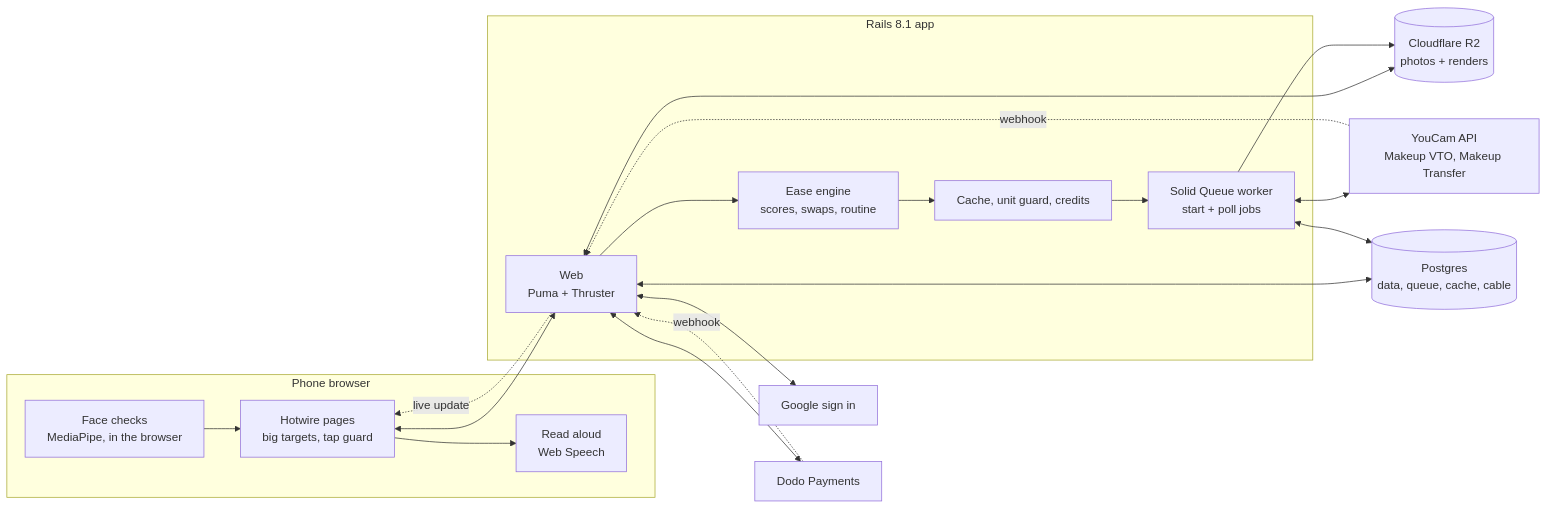
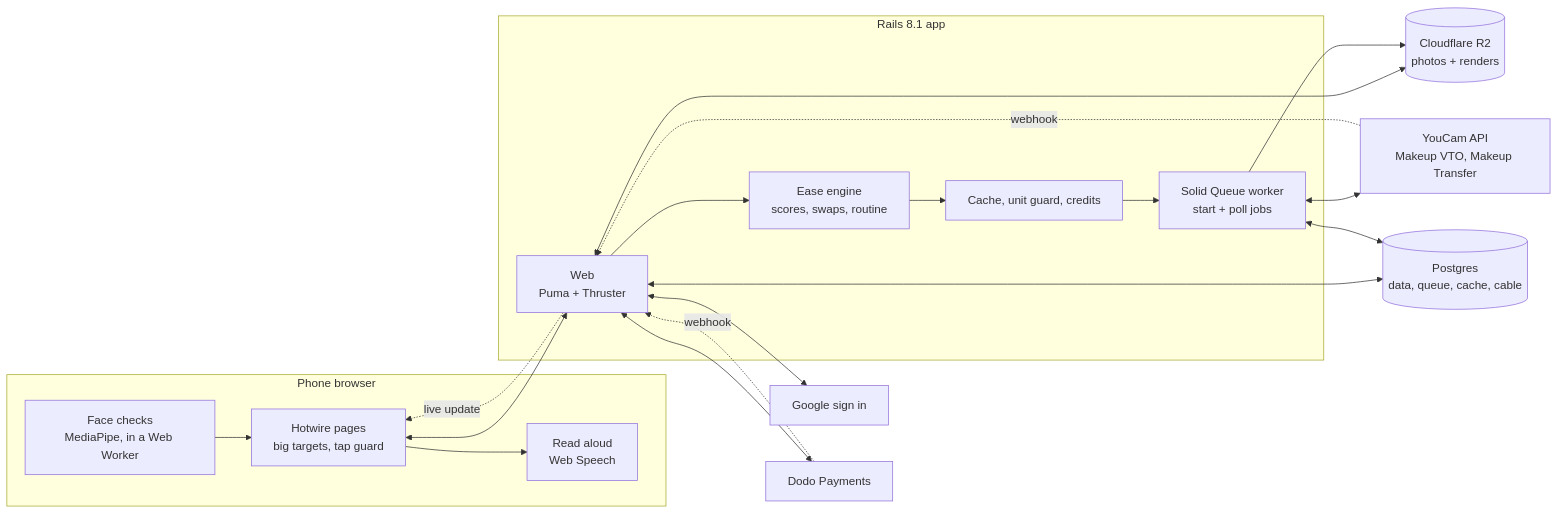
One commit to inventionsbyhamid/blendolo changed the first of 2 diagrams in README.md. Above: the diagram before and after it, drawn with Mermaid. The commit also changed other lines of this file, not shown here.

Commit message:
docs(readme): say the live daily cap is 40, that face checks run in a Web Worker, and map the billing code

````diff
--- a/README.md
+++ b/README.md
@@ -36,36 +36,36 @@
 ```mermaid
 flowchart LR
   subgraph Phone["Phone browser"]
     UI["Hotwire pages<br/>big targets, tap guard"]
-    FC["Face checks<br/>MediaPipe, in the browser"]
+    FC["Face checks<br/>MediaPipe, in a Web Worker"]
     TTS["Read aloud<br/>Web Speech"]
   end
 
   subgraph App["Rails 8.1 app"]
     Web["Web<br/>Puma + Thruster"]
     Ease["Ease engine<br/>scores, swaps, routine"]
     Guard["Cache, unit guard, credits"]
     Jobs["Solid Queue worker<br/>start + poll jobs"]
   end
 
   DB[("Postgres<br/>data, queue, cache, cable")]
   R2[("Cloudflare R2<br/>photos + renders")]
   YC["YouCam API<br/>Makeup VTO, Makeup Transfer"]
   G["Google sign in"]
   Dodo["Dodo Payments"]
 
   FC --> UI
   UI --> TTS
   UI <--> Web
   Web --> Ease --> Guard --> Jobs
   Jobs <--> YC
   YC -. webhook .-> Web
   Web <--> R2
   Jobs --> R2
   Web <--> DB
   Jobs <--> DB
   Web -. live update .-> UI
   Web <--> G
   Web <--> Dodo
   Dodo -. webhook .-> Web
 ```
````
